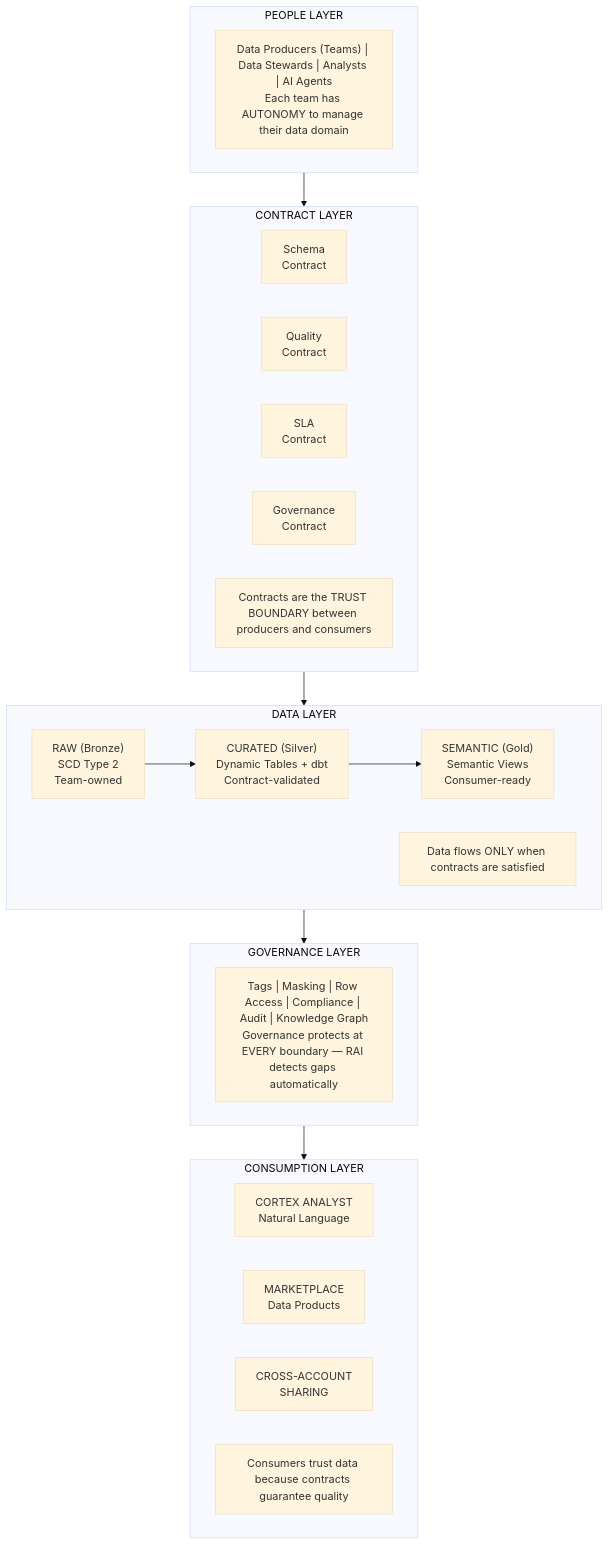
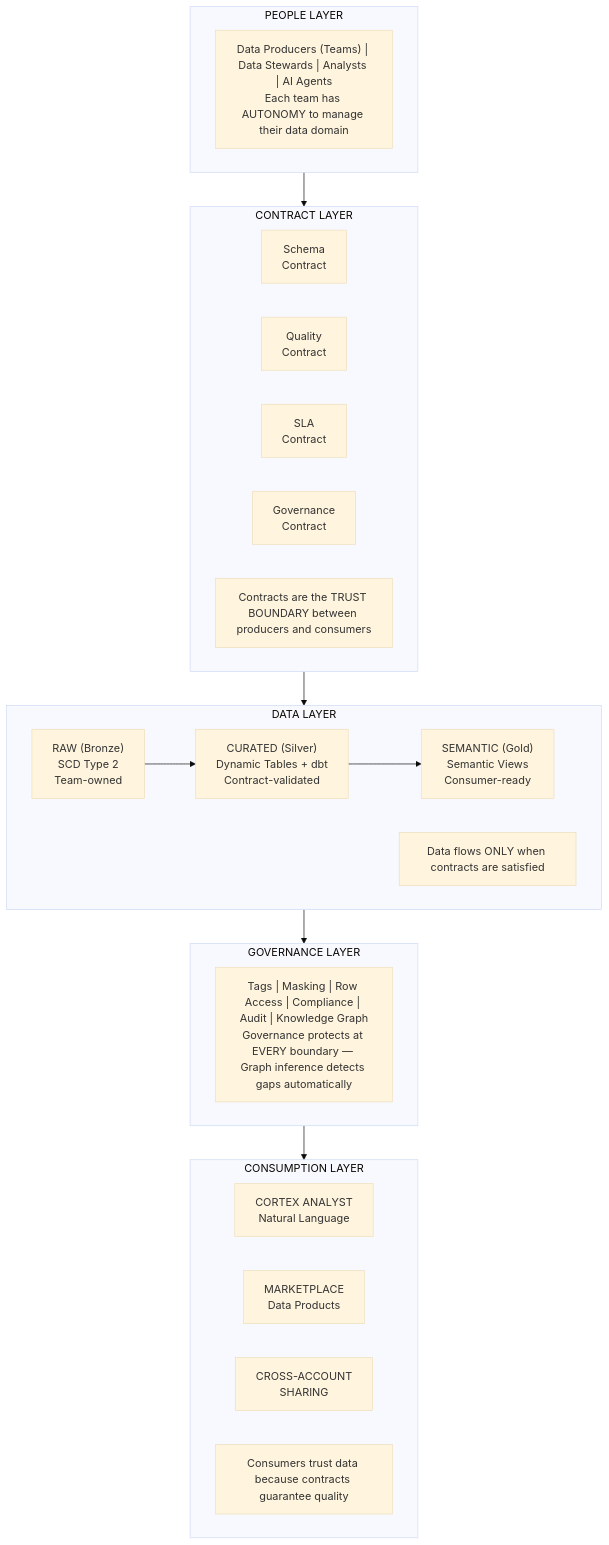
Before and after one commit to sfc-gh-smitchener-1/snowflake-dca-fullstack-demo: the fourth of 8 diagrams in README.md, drawn with Mermaid (base theme). The commit also changed other lines of this file and 44 other files, not shown here.

````diff
--- a/README.md
+++ b/README.md
@@ -99,30 +99,30 @@
 ```mermaid
 flowchart TB
     subgraph PEOPLE["PEOPLE LAYER"]
         P["Data Producers (Teams) | Data Stewards | Analysts | AI Agents\nEach team has AUTONOMY to manage their data domain"]
     end
     subgraph CONTRACTS["CONTRACT LAYER"]
         C_SCHEMA["Schema\nContract"]
         C_QUALITY["Quality\nContract"]
         C_SLA["SLA\nContract"]
         C_GOV["Governance\nContract"]
         C_NOTE["Contracts are the TRUST BOUNDARY between producers and consumers"]
     end
     subgraph DATALAYER["DATA LAYER"]
         RAW["RAW (Bronze)\nSCD Type 2\nTeam-owned"]
         CURATED["CURATED (Silver)\nDynamic Tables + dbt\nContract-validated"]
         SEMANTIC["SEMANTIC (Gold)\nSemantic Views\nConsumer-ready"]
         RAW --> CURATED --> SEMANTIC
         D_NOTE["Data flows ONLY when contracts are satisfied"]
     end
     subgraph GOVERNANCE["GOVERNANCE LAYER"]
-        G["Tags | Masking | Row Access | Compliance | Audit | Knowledge Graph\nGovernance protects at EVERY boundary — RAI detects gaps automatically"]
+        G["Tags | Masking | Row Access | Compliance | Audit | Knowledge Graph\nGovernance protects at EVERY boundary — Graph inference detects gaps automatically"]
     end
     subgraph CONSUMPTION["CONSUMPTION LAYER"]
         CORTEX["CORTEX ANALYST\nNatural Language"]
         MARKET["MARKETPLACE\nData Products"]
         SHARING["CROSS-ACCOUNT\nSHARING"]
         CON_NOTE["Consumers trust data because contracts guarantee quality"]
     end
     PEOPLE --> CONTRACTS --> DATALAYER --> GOVERNANCE --> CONSUMPTION
 ```
````
